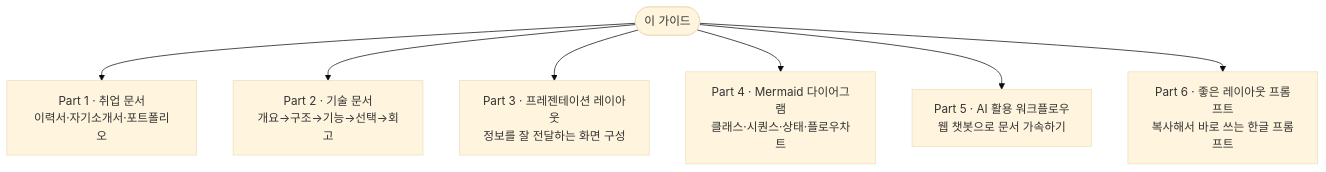
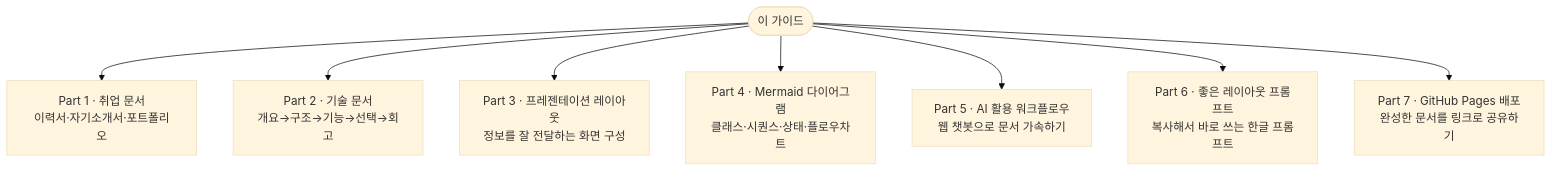
The diagram in src/00-orientation.md (KooHoo-Dev/portfolio-guide), drawn with Mermaid (base theme) before and after one commit. The commit also changed other lines of this file and 5 other files, not shown here.

First line of the commit message:
Part 7 신설 — GitHub Pages(github.io) 배포 가이드 (src/07-deploy.md)

````diff
--- a/src/00-orientation.md
+++ b/src/00-orientation.md
@@ -10,10 +10,11 @@
 ```mermaid
 flowchart TD
     G([이 가이드])
     G --> P1["Part 1 · 취업 문서<br/>이력서·자기소개서·포트폴리오"]
     G --> P2["Part 2 · 기술 문서<br/>개요→구조→기능→선택→회고"]
     G --> P3["Part 3 · 프레젠테이션 레이아웃<br/>정보를 잘 전달하는 화면 구성"]
     G --> P4["Part 4 · Mermaid 다이어그램<br/>클래스·시퀀스·상태·플로우차트"]
     G --> P5["Part 5 · AI 활용 워크플로우<br/>웹 챗봇으로 문서 가속하기"]
     G --> P6["Part 6 · 좋은 레이아웃 프롬프트<br/>복사해서 바로 쓰는 한글 프롬프트"]
+    G --> P7["Part 7 · GitHub Pages 배포<br/>완성한 문서를 링크로 공유하기"]
 ```
````
